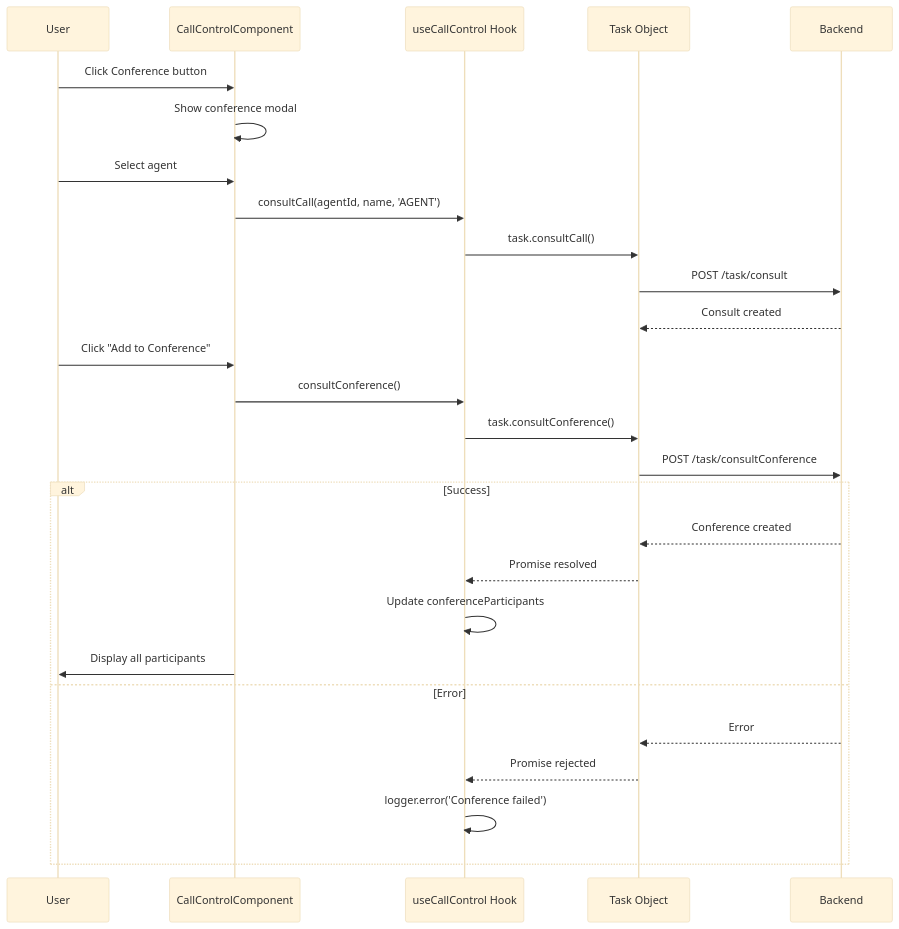
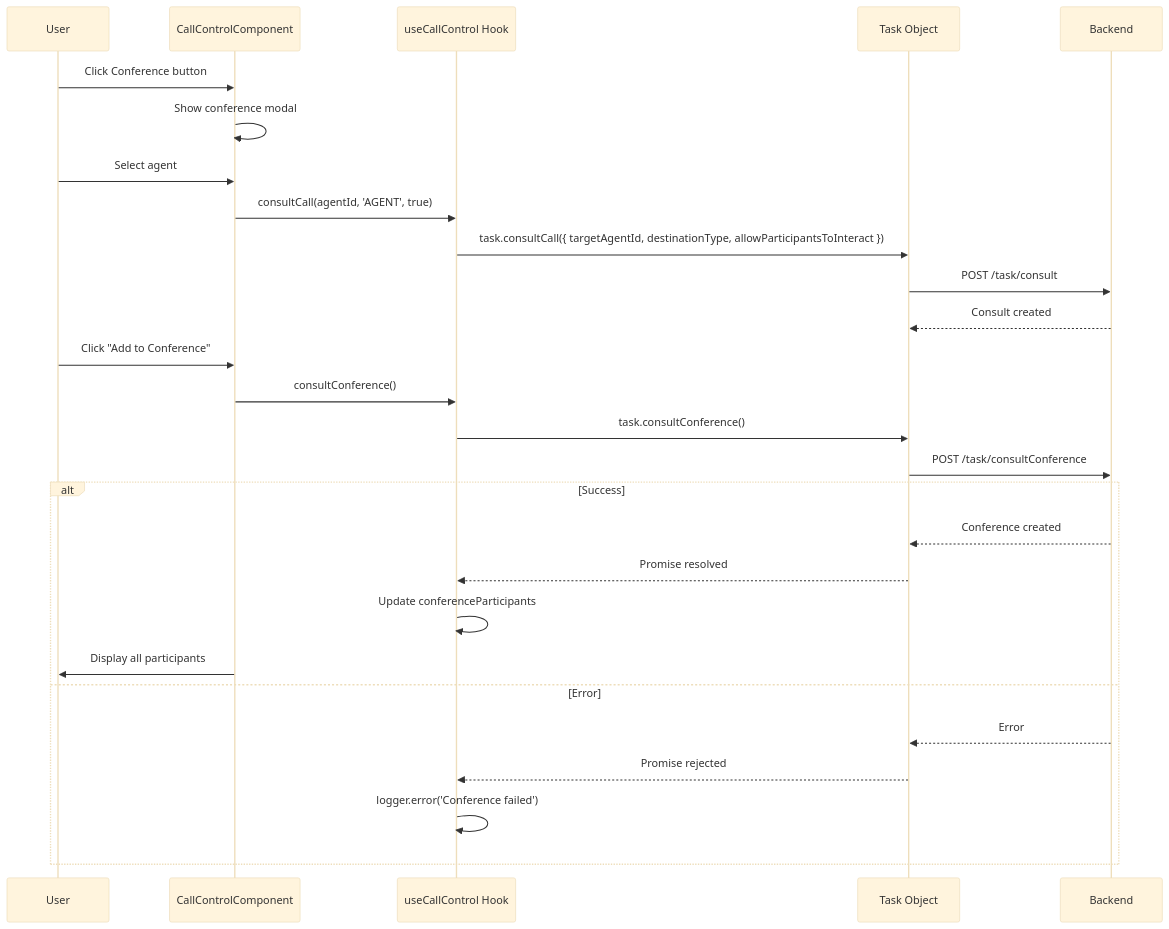
The fifth of 7 diagrams in packages/contact-center/task/ai-docs/widgets/CallControl/ARCHITECTURE.md (webex/widgets), drawn with Mermaid (base theme) before and after one commit. The commit also changed other lines of this file and 6 other files, not shown here.

````diff
--- a/packages/contact-center/task/ai-docs/widgets/CallControl/ARCHITECTURE.md
+++ b/packages/contact-center/task/ai-docs/widgets/CallControl/ARCHITECTURE.md
@@ -185,31 +191,31 @@
 ```mermaid
 sequenceDiagram
     participant U as User
     participant C as CallControlComponent
     participant H as useCallControl Hook
     participant T as Task Object
     participant B as Backend
-    
+
     U->>C: Click Conference button
     C->>C: Show conference modal
     U->>C: Select agent
-    C->>H: consultCall(agentId, name, 'AGENT')
-    H->>T: task.consultCall()
+    C->>H: consultCall(agentId, 'AGENT', true)
+    H->>T: task.consultCall({ targetAgentId, destinationType, allowParticipantsToInteract })
     T->>B: POST /task/consult
     B-->>T: Consult created
-    
+
     U->>C: Click "Add to Conference"
     C->>H: consultConference()
     H->>T: task.consultConference()
     T->>B: POST /task/consultConference
     alt Success
         B-->>T: Conference created
         T-->>H: Promise resolved
         H->>H: Update conferenceParticipants
         C->>U: Display all participants
     else Error
         B-->>T: Error
         T-->>H: Promise rejected
         H->>H: logger.error('Conference failed')
     end
 ```
````
